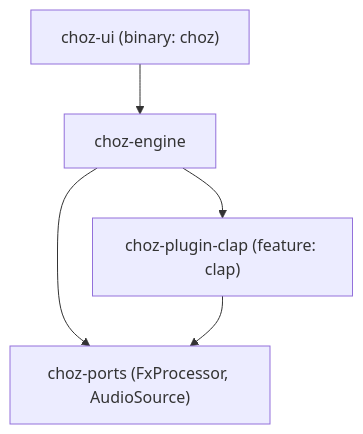
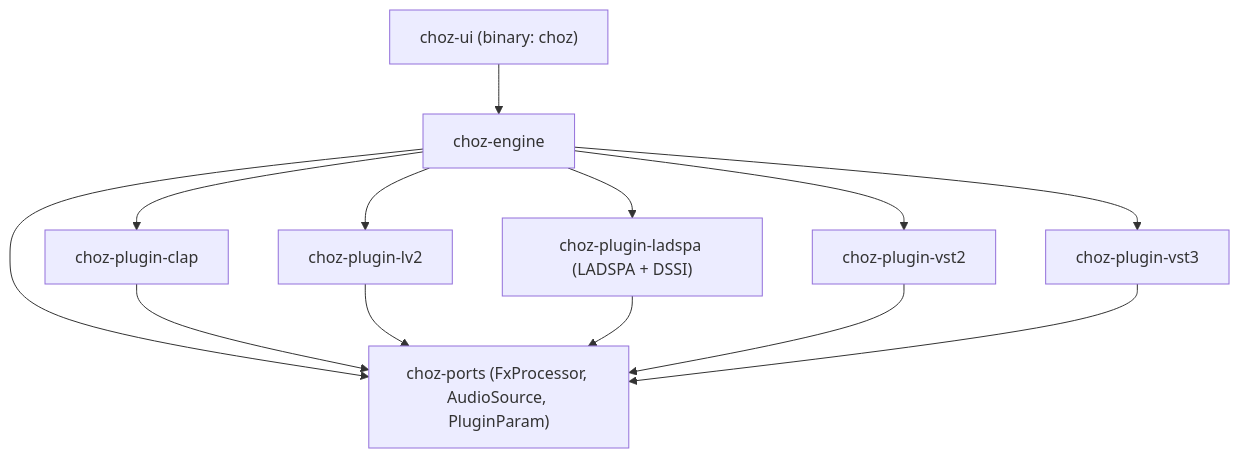
Before and after one commit to jacodelia/choz: the first of 8 diagrams in docs/architecture.md, drawn with Mermaid. The commit also changed other lines of this file and 87 other files, not shown here.

````diff
--- a/docs/architecture.md
+++ b/docs/architecture.md
@@ -118,12 +163,24 @@
 ```mermaid
 graph TD
     ui["choz-ui (binary: choz)"]
     engine["choz-engine"]
-    clap["choz-plugin-clap (feature: clap)"]
-    ports["choz-ports (FxProcessor, AudioSource)"]
+    clap["choz-plugin-clap"]
+    lv2["choz-plugin-lv2"]
+    ladspa["choz-plugin-ladspa (LADSPA + DSSI)"]
+    vst2["choz-plugin-vst2"]
+    vst3["choz-plugin-vst3"]
+    ports["choz-ports (FxProcessor, AudioSource, PluginParam)"]
 
     ui --> engine
     engine --> clap
+    engine --> lv2
+    engine --> ladspa
+    engine --> vst2
+    engine --> vst3
     engine --> ports
     clap --> ports
+    lv2 --> ports
+    ladspa --> ports
+    vst2 --> ports
+    vst3 --> ports
 ```
````
